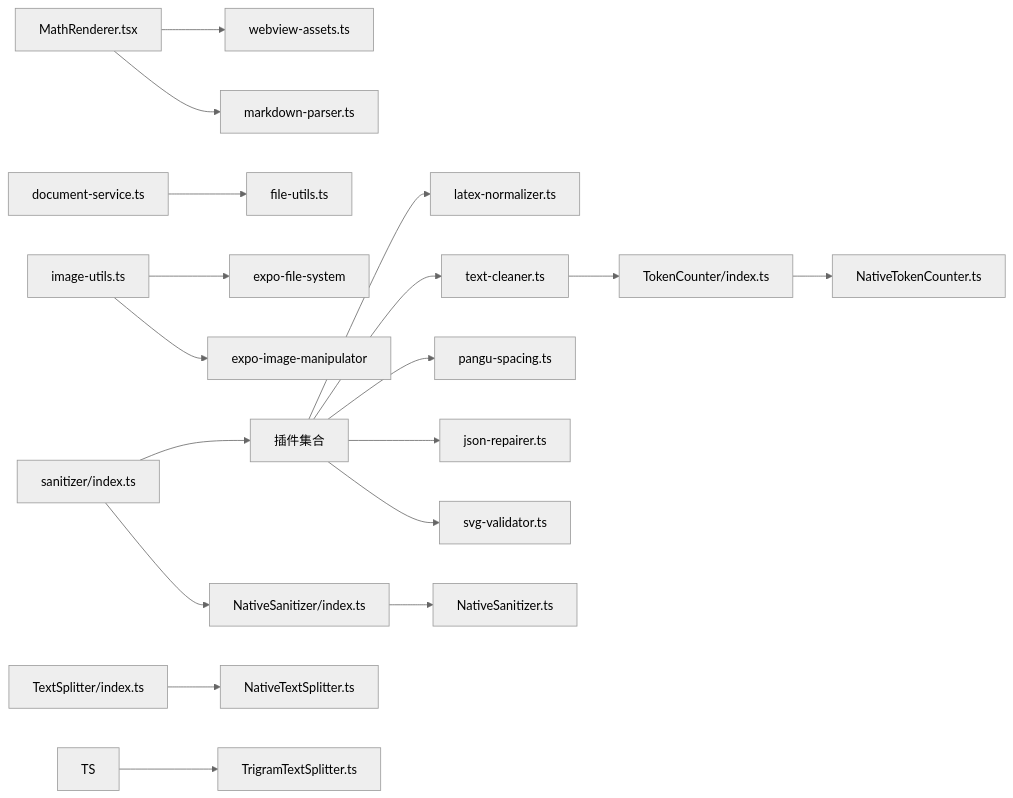
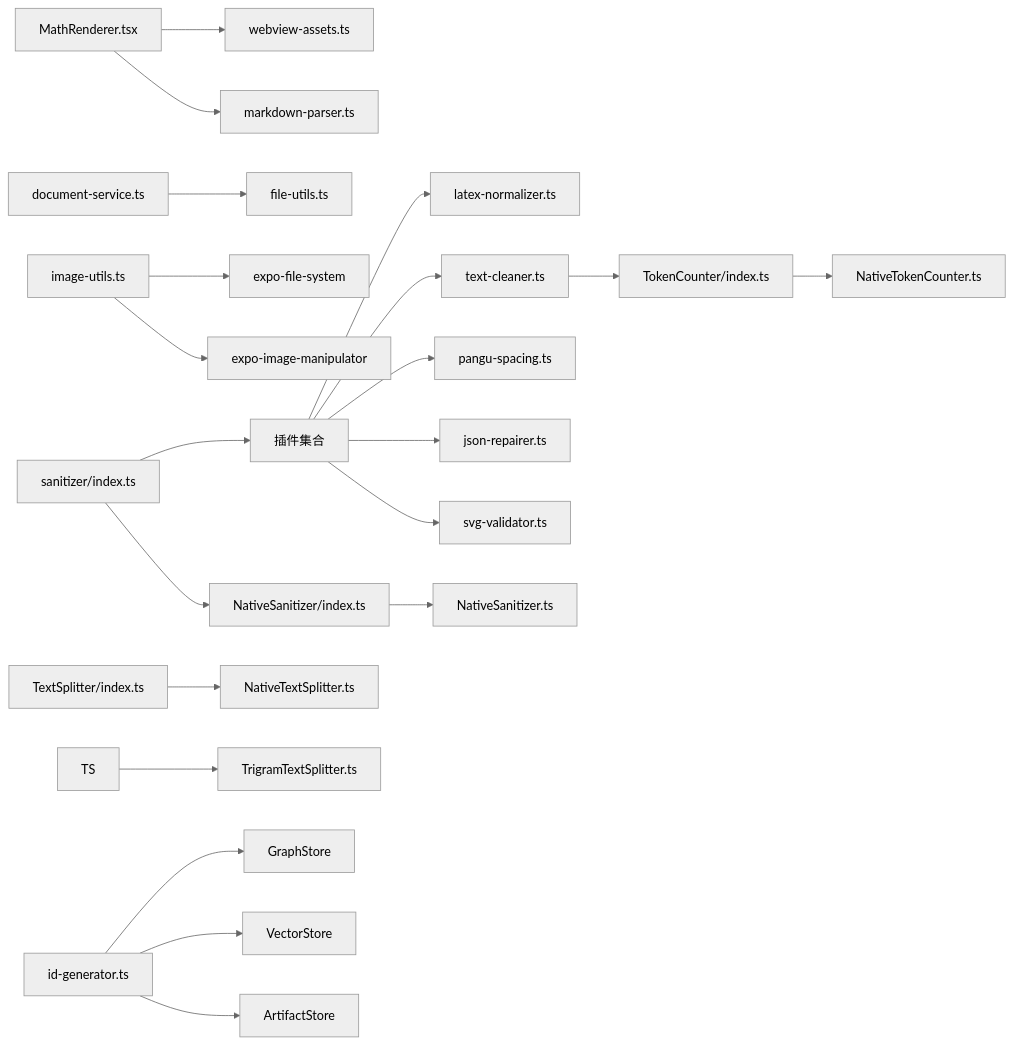
Before and after one commit to NarcisWL/Nexara: diagram 12 of 12 in .qoder/repowiki/zh/content/工具库和实用程序/工具库和实用程序.md, drawn with Mermaid (neutral theme). The commit also changed other lines of this file and 117 other files, not shown here.

````diff
--- a/.qoder/repowiki/zh/content/工具库和实用程序/工具库和实用程序.md
+++ b/.qoder/repowiki/zh/content/工具库和实用程序/工具库和实用程序.md
@@ -568,20 +615,23 @@
 ```mermaid
 graph LR
 MR["MathRenderer.tsx"] --> WA["webview-assets.ts"]
 MR --> MP["markdown-parser.ts"]
 DS["document-service.ts"] --> FU["file-utils.ts"]
 IU["image-utils.ts"] --> FS["expo-file-system"]
 IU --> IM["expo-image-manipulator"]
 SI["sanitizer/index.ts"] --> PL["插件集合"]
 SI --> NSI["NativeSanitizer/index.ts"]
 PL --> LN["latex-normalizer.ts"]
 PL --> TC["text-cleaner.ts"]
 PL --> PS["pangu-spacing.ts"]
 PL --> JR["json-repairer.ts"]
 PL --> SV["svg-validator.ts"]
 TSI["TextSplitter/index.ts"] --> TST["NativeTextSplitter.ts"]
 TCI["TokenCounter/index.ts"] --> TCT["NativeTokenCounter.ts"]
 TS --> TGS["TrigramTextSplitter.ts"]
 TC --> TCI
 NSI --> NST["NativeSanitizer.ts"]
+IG["id-generator.ts"] --> GS["GraphStore"]
+IG --> VS["VectorStore"]
+IG --> AS["ArtifactStore"]
 ```
````
